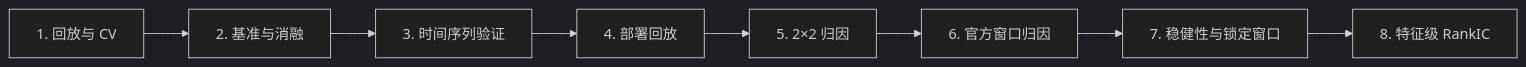
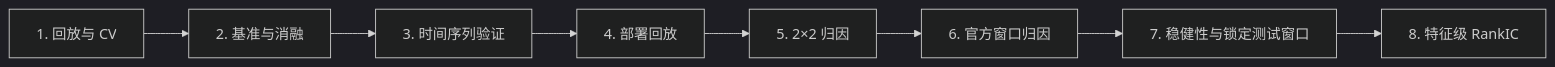
Before and after one commit to QuasarHeart/Hull_Tactical_solution: the diagram in docs/experiments.md, drawn with Mermaid (dark theme). The commit also changed other lines of this file and 15 other files, not shown here.

````diff
--- a/docs/experiments.md
+++ b/docs/experiments.md
@@ -7,10 +7,10 @@
 ```mermaid
 flowchart LR
     A["1. 回放与 CV"] --> B["2. 基准与消融"]
     B --> C["3. 时间序列验证"]
     C --> D["4. 部署回放"]
     D --> E["5. 2×2 归因"]
     E --> F["6. 官方窗口归因"]
-    F --> G["7. 稳健性与锁定窗口"]
+    F --> G["7. 稳健性与锁定测试窗口"]
     G --> H["8. 特征级 RankIC"]
 ```
````
